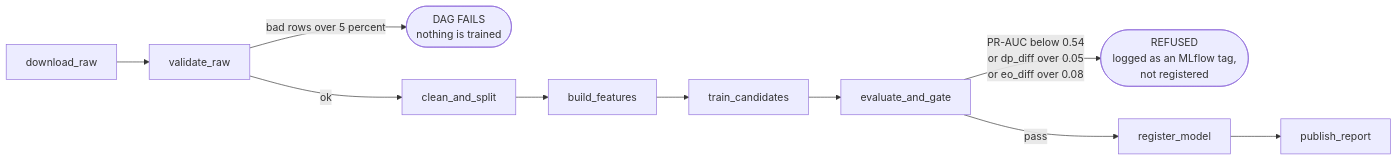
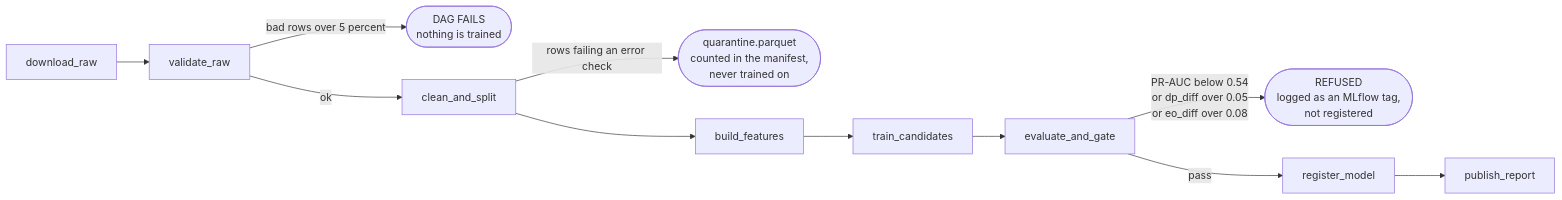
The second of 3 diagrams in ARCHITECTURE.md (maxnguyen83/credit-risk-mlops), drawn with Mermaid before and after one commit. The commit also changed other lines of this file and 3 other files, not shown here.

````diff
--- a/ARCHITECTURE.md
+++ b/ARCHITECTURE.md
@@ -123,17 +123,20 @@
 ```mermaid
 flowchart LR
     A["download_raw"] --> B["validate_raw"]
     B -->|"bad rows over 5 percent"| X(["DAG FAILS
     nothing is trained"])
     B -->|ok| C["clean_and_split"]
+    C -->|"rows failing an error check"| Q(["quarantine.parquet
+    counted in the manifest,
+    never trained on"])
     C --> D["build_features"]
     D --> E["train_candidates"]
     E --> F["evaluate_and_gate"]
     F -->|"PR-AUC below 0.54
     or dp_diff over 0.05
     or eo_diff over 0.08"| Y(["REFUSED
     logged as an MLflow tag,
     not registered"])
     F -->|pass| G["register_model"]
     G --> H["publish_report"]
 ```
````
